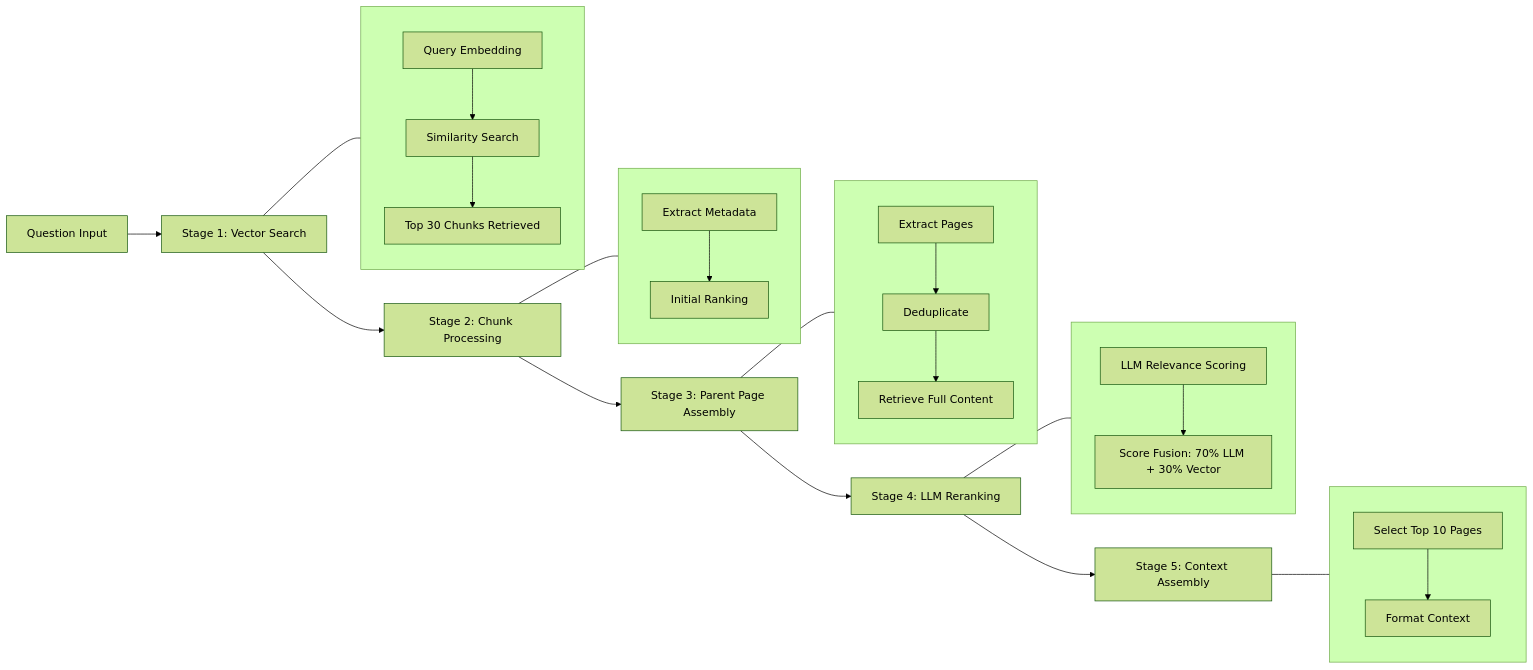
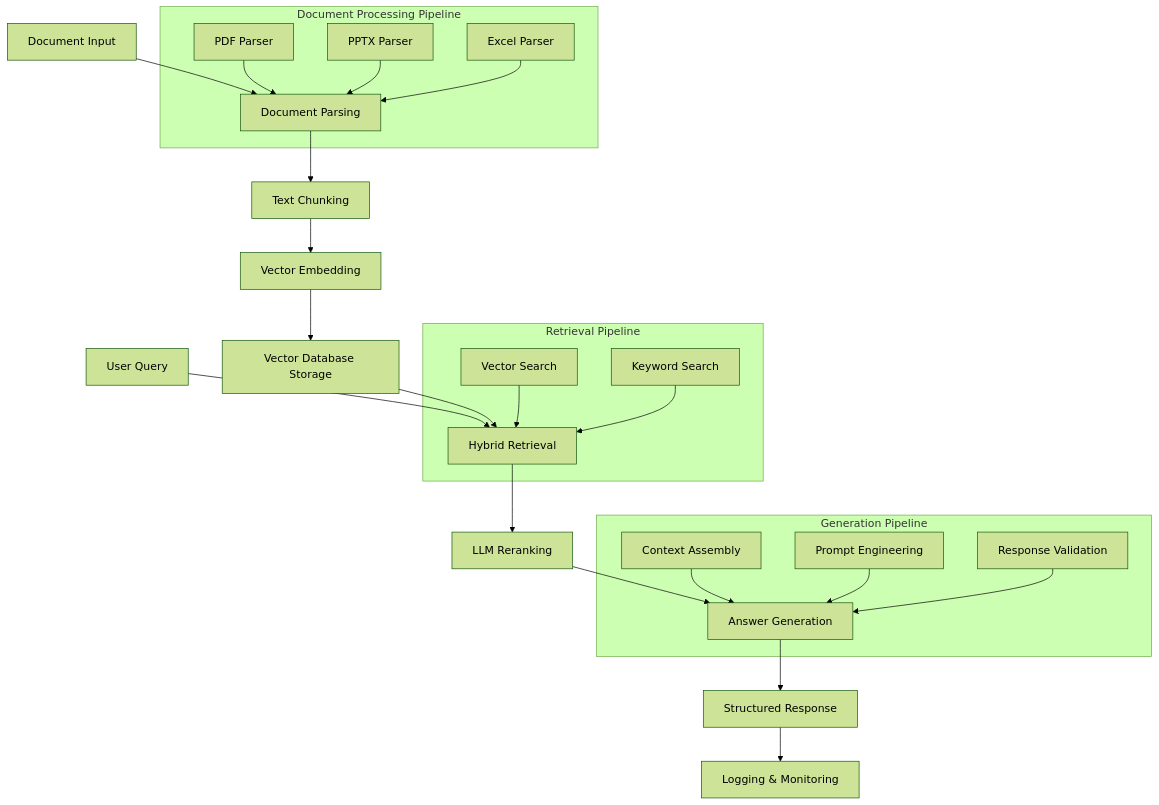
Before and after one commit to xxcs13/RAGv1: the diagram in README.md, drawn with Mermaid (forest theme). The commit also changed other lines of this file, not shown here.

````diff
--- a/README.md
+++ b/README.md
@@ -38,48 +11,32 @@
 ```mermaid
-
-flowchart LR
-    A[Question Input] --> B[Stage 1: Vector Search]
-    B --> C[Stage 2: Chunk Processing]
-    C --> D[Stage 3: Parent Page Assembly]
-    D --> E[Stage 4: LLM Reranking]
-    E --> F[Stage 5: Context Assembly]
-
-    B --- S1
-    C --- S2
-    D --- S3
-    E --- S4
-    F --- S5
-
-    subgraph S1 [" "]
-        B1[Query Embedding]
-        B2[Similarity Search]
-        B3[Top 30 Chunks Retrieved]
-        B1 --> B2 --> B3
+graph TD
+    A[Document Input] --> B[Document Parsing]
+    B --> C[Text Chunking]
+    C --> D[Vector Embedding]
+    D --> E[Vector Database Storage]
+    
+    F[User Query] --> G[Hybrid Retrieval]
+    G --> H[LLM Reranking]
+    H --> I[Answer Generation]
+    I --> J[Structured Response]
+    J --> K[Logging & Monitoring]
+    
+    E --> G
+    
+    subgraph "Document Processing Pipeline"
+        B1[PDF Parser] --> B
+        B2[PPTX Parser] --> B
+        B3[Excel Parser] --> B
     end
-
-    subgraph S2 [" "]
-        C1[Extract Metadata]
-        C2[Initial Ranking]
-        C1 --> C2
+    
+    subgraph "Retrieval Pipeline"
+        G1[Vector Search] --> G
+        G2[Keyword Search] --> G
     end
-
-    subgraph S3 [" "]
-        D1[Extract Pages]
-        D2[Deduplicate]
-        D3[Retrieve Full Content]
-        D1 --> D2 --> D3
+    
+    subgraph "Generation Pipeline"
+        I1[Context Assembly] --> I
+        I2[Prompt Engineering] --> I
+        I3[Response Validation] --> I
     end
-
-    subgraph S4 [" "]
-        E1[LLM Relevance Scoring]
-        E2[Score Fusion: 70% LLM + 30% Vector]
-        E1 --> E2
-    end
-
-    subgraph S5 [" "]
-        F1[Select Top 10 Pages]
-        F2[Format Context]
-        F1 --> F2
-    end
-
 ```
````
